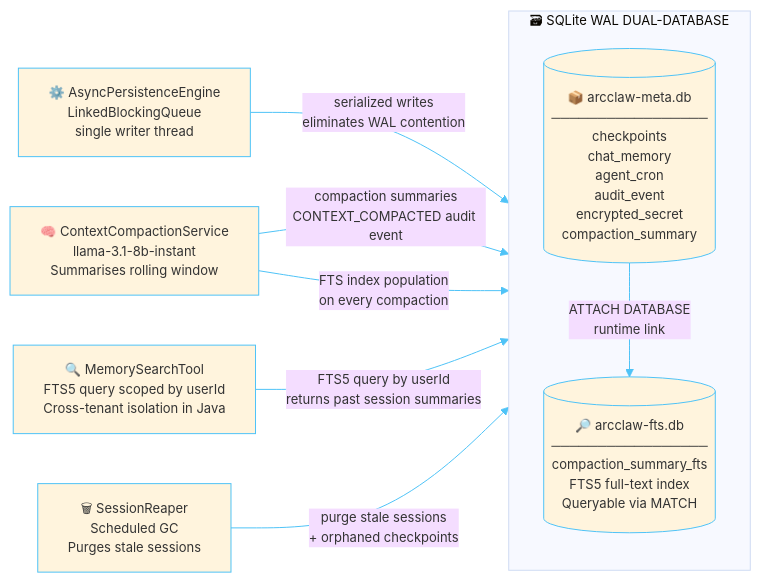
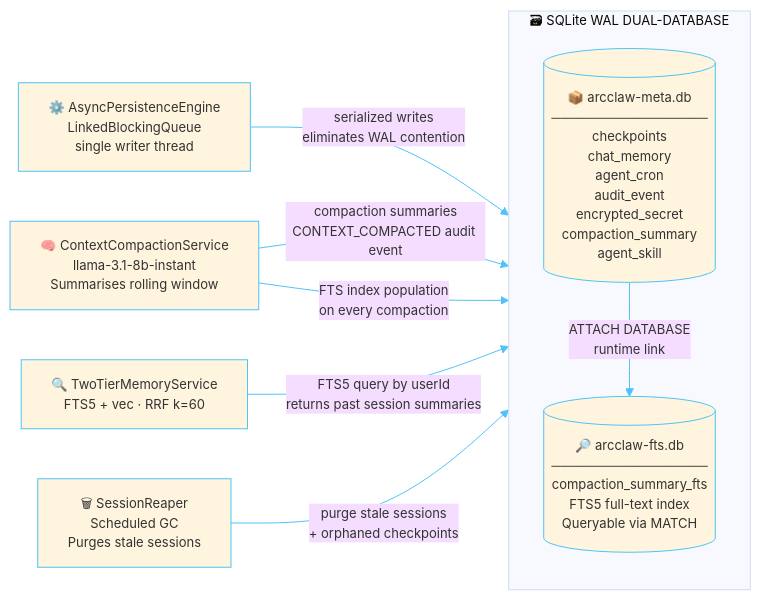
One commit to rsrini7/AmshaAgent changed the fifth of 8 diagrams in README.md. Above: the diagram before and after it, drawn with Mermaid. The commit also changed other lines of this file and 4 other files, not shown here.

````diff
--- a/README.md
+++ b/README.md
@@ -547,22 +725,22 @@
 ```mermaid
 %%{init: {'theme': 'base', 'themeVariables': {'primaryBorderColor': '#4fc3f7', 'lineColor': '#4fc3f7', 'activationBorderColor': '#4fc3f7', 'actorBorder': '#4fc3f7', 'actorLineColor': '#4fc3f7','labelBoxBorderColor': '#0b0c0cff', 'noteBorderColor': '#81c784', 'fontSize': '13px'}}}%%
 graph LR
 
     APE["⚙️ AsyncPersistenceEngine<br/>LinkedBlockingQueue<br/>single writer thread"]:::writer
     CC["🧠 ContextCompactionService<br/>llama-3.1-8b-instant<br/>Summarises rolling window"]:::compactor
-    MST["🔍 MemorySearchTool<br/>FTS5 query scoped by userId<br/>Cross-tenant isolation in Java"]:::searcher
+    TMS["🔍 TwoTierMemoryService<br/>FTS5 + vec · RRF k=60"]:::searcher
     SR["🗑 SessionReaper<br/>Scheduled GC<br/>Purges stale sessions"]:::reaper
 
     subgraph DUAL["  🗃  SQLite WAL DUAL-DATABASE  "]
         direction TB
-        Meta[("📦 arcclaw-meta.db<br/>─────────────────<br/>checkpoints<br/>chat_memory<br/>agent_cron<br/>audit_event<br/>encrypted_secret<br/>compaction_summary")]:::metadb
+        Meta[("📦 arcclaw-meta.db<br/>─────────────────<br/>checkpoints<br/>chat_memory<br/>agent_cron<br/>audit_event<br/>encrypted_secret<br/>compaction_summary<br/>agent_skill")]:::metadb
         FTS[("🔎 arcclaw-fts.db<br/>─────────────────<br/>compaction_summary_fts<br/>FTS5 full-text index<br/>Queryable via MATCH")]:::ftsdb
         Meta -->|"ATTACH DATABASE<br/>runtime link"| FTS
     end
 
     APE -->|"serialized writes<br/>eliminates WAL contention"| Meta
     CC -->|"compaction summaries<br/>CONTEXT_COMPACTED audit event"| Meta
     CC -->|"FTS index population<br/>on every compaction"| FTS
-    MST -->|"FTS5 query by userId<br/>returns past session summaries"| FTS
+    TMS -->|"FTS5 query by userId<br/>returns past session summaries"| FTS
     SR -->|"purge stale sessions<br/>+ orphaned checkpoints"| Meta
 ```
````
